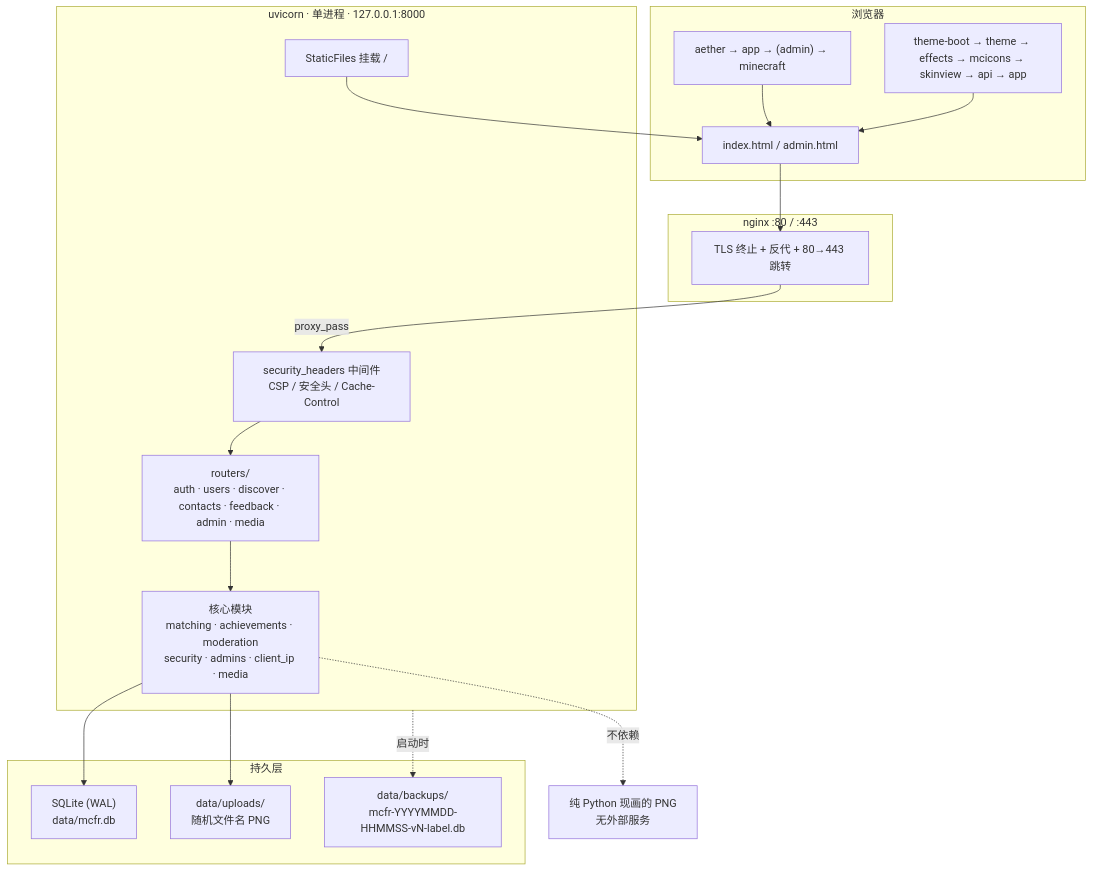
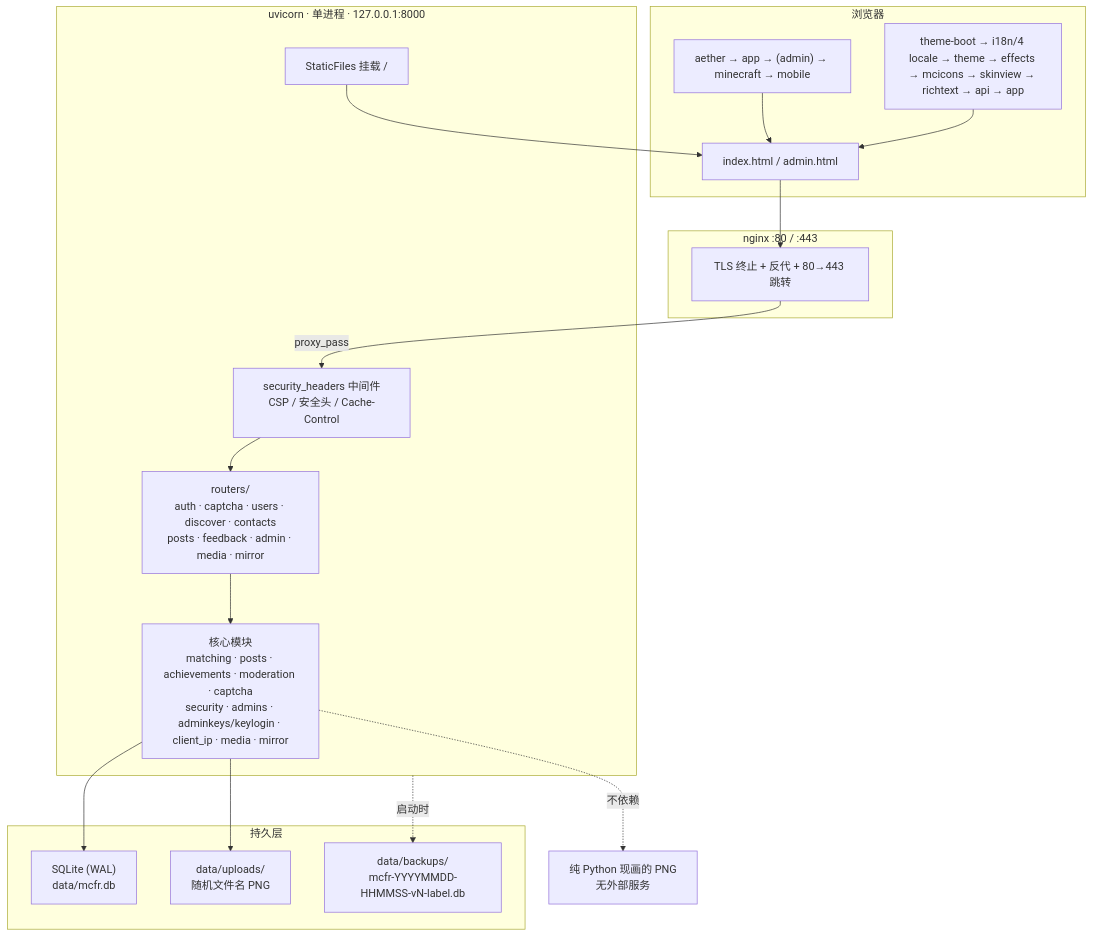
The diagram in 总结.md (ZMQ-dot/mcfr), drawn with Mermaid before and after one commit. The commit also changed other lines of this file and 14 other files, not shown here.

````diff
--- a/总结.md
+++ b/总结.md
@@ -76,39 +158,39 @@
 ```mermaid
 graph TB
     subgraph Client["浏览器"]
         HTML["index.html / admin.html"]
-        CSS["aether → app → (admin) → minecraft"]
-        JS["theme-boot → theme → effects → mcicons → skinview → api → app"]
+        CSS["aether → app → (admin) → minecraft → mobile"]
+        JS["theme-boot → i18n/4 locale → theme → effects → mcicons → skinview → richtext → api → app"]
     end
 
     subgraph Nginx["nginx :80 / :443"]
         TLS["TLS 终止 + 反代 + 80→443 跳转"]
     end
 
     subgraph App["uvicorn · 单进程 · 127.0.0.1:8000"]
         MW["security_headers 中间件<br/>CSP / 安全头 / Cache-Control"]
-        ROUTERS["routers/<br/>auth · users · discover · contacts · feedback · admin · media"]
-        CORE["核心模块<br/>matching · achievements · moderation<br/>security · admins · client_ip · media"]
+        ROUTERS["routers/<br/>auth · captcha · users · discover · contacts<br/>posts · feedback · admin · media · mirror"]
+        CORE["核心模块<br/>matching · posts · achievements · moderation · captcha<br/>security · admins · adminkeys/keylogin · client_ip · media · mirror"]
         STATIC["StaticFiles 挂载 /"]
     end
 
     subgraph Data["持久层"]
         SQLITE["SQLite (WAL)<br/>data/mcfr.db"]
         UPLOADS["data/uploads/<br/>随机文件名 PNG"]
         BACKUPS["data/backups/<br/>mcfr-YYYYMMDD-HHMMSS-vN-label.db"]
     end
 
     CAPTCHA["纯 Python 现画的 PNG<br/>无外部服务"]
 
     HTML --> TLS
     CSS --> HTML
     JS --> HTML
     TLS -->|proxy_pass| MW
     MW --> ROUTERS
     ROUTERS --> CORE
     CORE --> SQLITE
     CORE --> UPLOADS
     CORE -.->|不依赖| CAPTCHA
     STATIC --> HTML
     App -.启动时.-> BACKUPS
 ```
````
